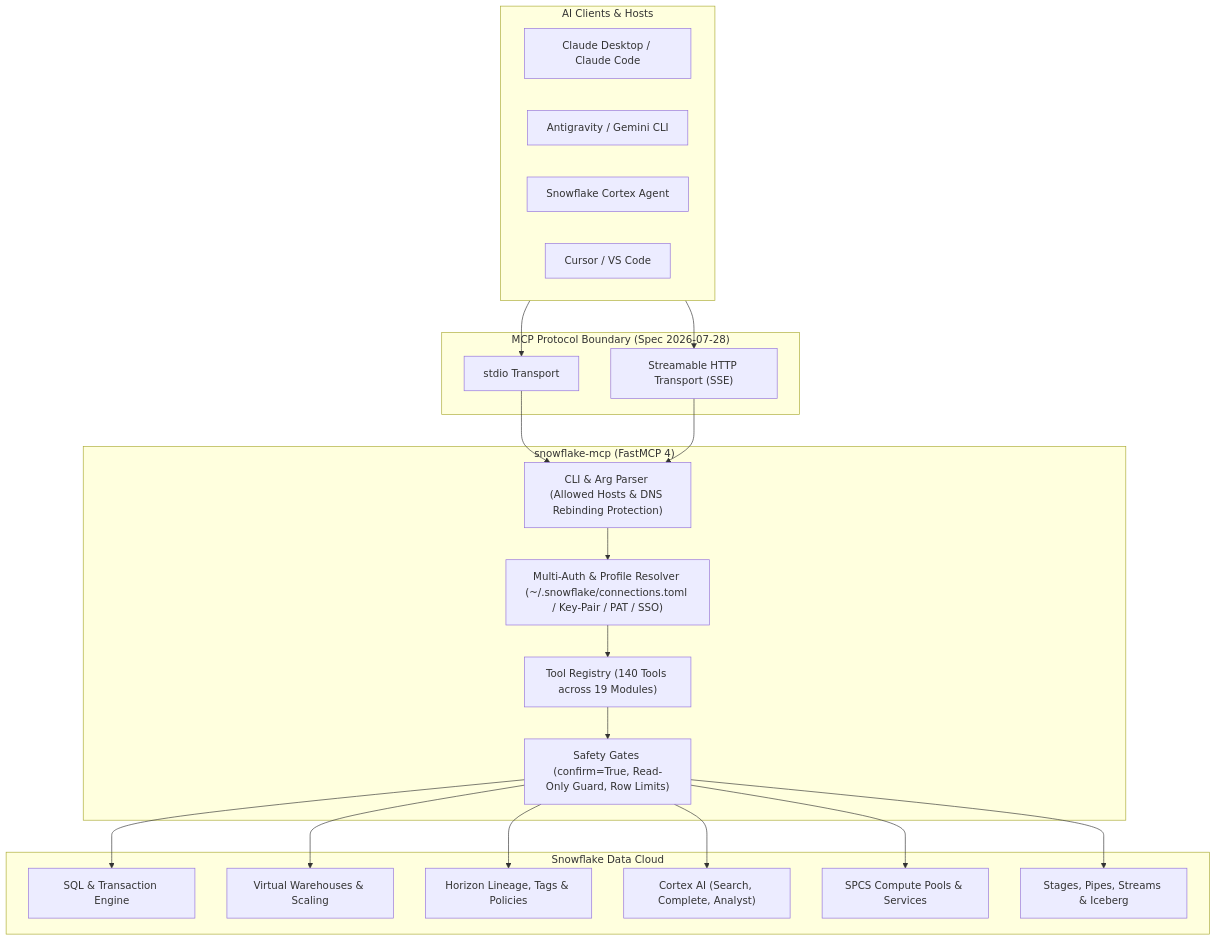
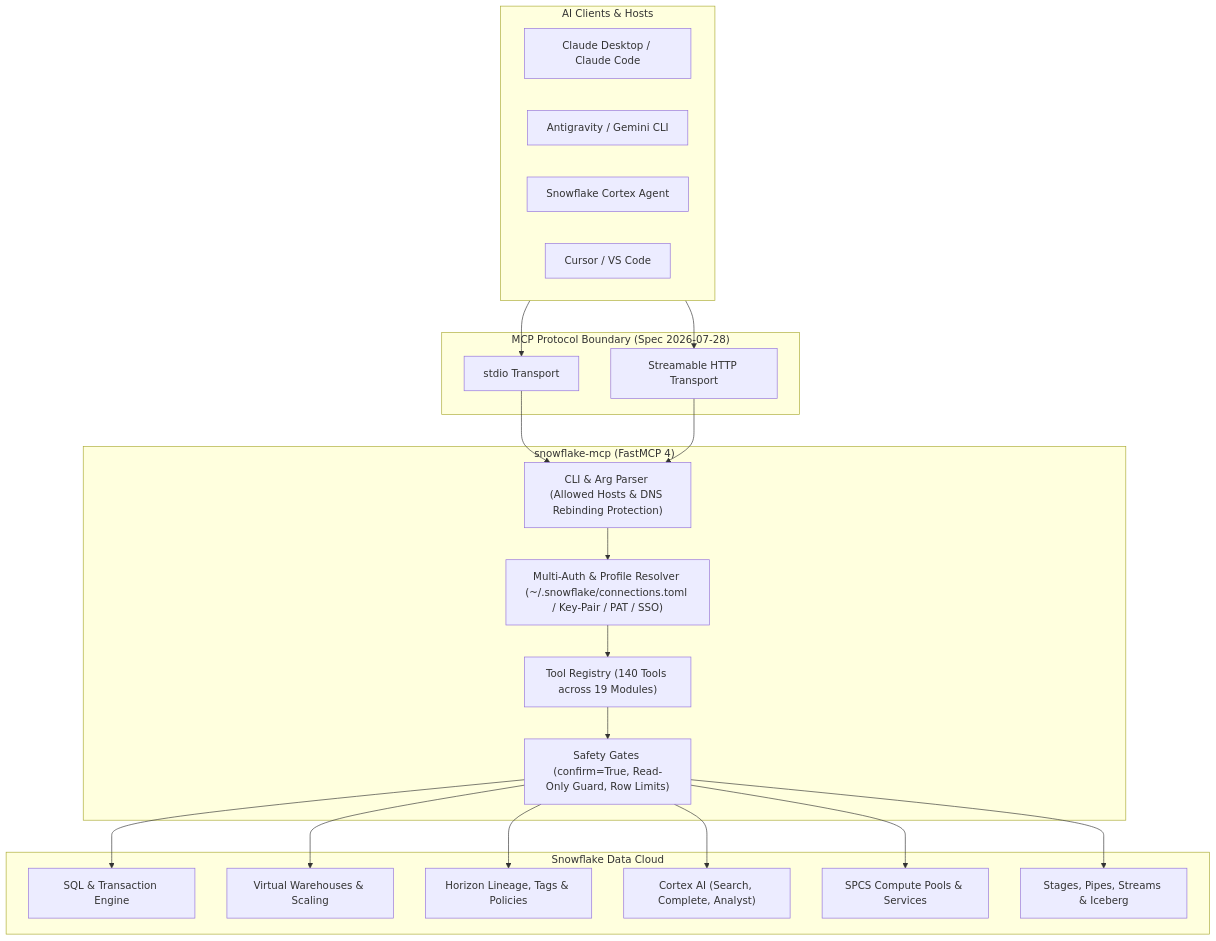
The diagram in README.md (christianclaudio/mcp-server-snowflake), drawn with Mermaid before and after one commit. The commit also changed other lines of this file and 39 other files, not shown here.

````diff
--- a/README.md
+++ b/README.md
@@ -18,37 +18,37 @@
 ```mermaid
 flowchart TD
     subgraph Clients["AI Clients & Hosts"]
         Claude["Claude Desktop / Claude Code"]
         Antigravity["Antigravity / Gemini CLI"]
         CortexClient["Snowflake Cortex Agent"]
         Cursor["Cursor / VS Code"]
     end
 
     subgraph Protocol["MCP Protocol Boundary (Spec 2026-07-28)"]
         STDIO["stdio Transport"]
-        HTTP["Streamable HTTP Transport (SSE)"]
+        HTTP["Streamable HTTP Transport"]
     end
 
     subgraph Server["snowflake-mcp (FastMCP 4)"]
         CLI["CLI & Arg Parser (Allowed Hosts & DNS Rebinding Protection)"]
         Auth["Multi-Auth & Profile Resolver (~/.snowflake/connections.toml / Key-Pair / PAT / SSO)"]
         Registry["Tool Registry (140 Tools across 19 Modules)"]
         Safety["Safety Gates (confirm=True, Read-Only Guard, Row Limits)"]
     end
 
     subgraph Cloud["Snowflake Data Cloud"]
         SQL["SQL & Transaction Engine"]
         Warehouses["Virtual Warehouses & Scaling"]
         Horizon["Horizon Lineage, Tags & Policies"]
         Cortex["Cortex AI (Search, Complete, Analyst)"]
         SPCS["SPCS Compute Pools & Services"]
         Storage["Stages, Pipes, Streams & Iceberg"]
     end
 
     Clients --> STDIO & HTTP
     STDIO & HTTP --> CLI
     CLI --> Auth
     Auth --> Registry
     Registry --> Safety
     Safety --> SQL & Warehouses & Horizon & Cortex & SPCS & Storage
 ```
````
